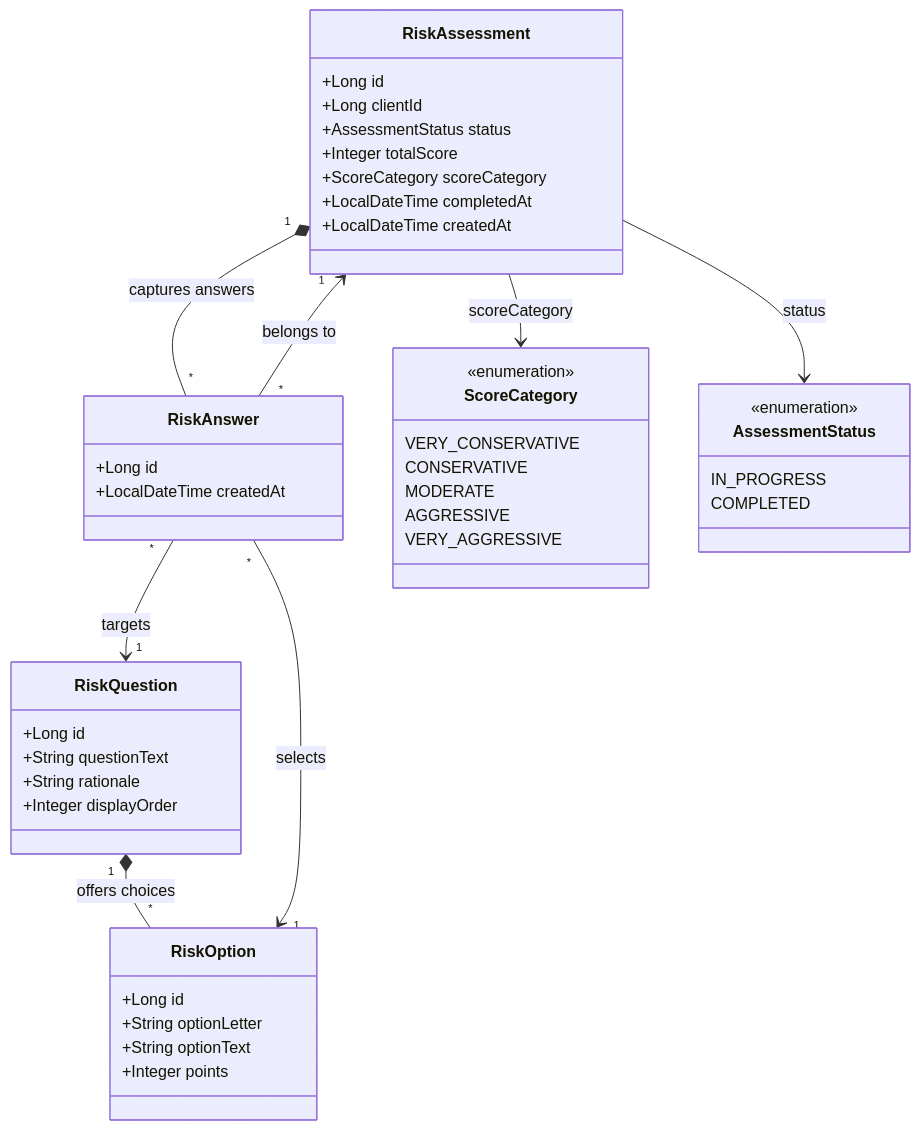
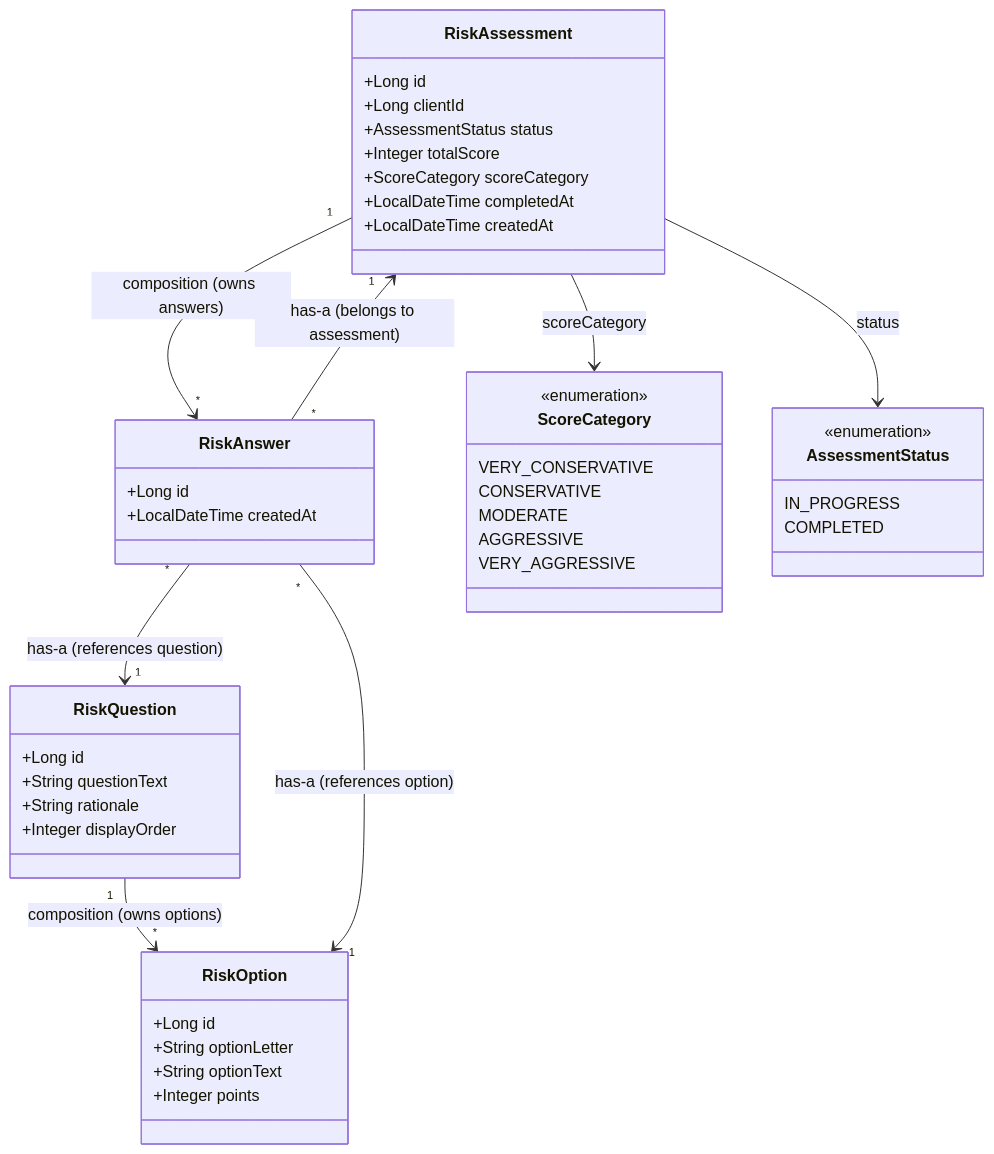
One commit to NatsuDrag9/wealth-tech-crm changed the eighth of 30 diagrams in docs/Uml_Diagrams.md. Above: the diagram before and after it, drawn with Mermaid. The commit also changed other lines of this file, not shown here.

Commit message:
docs(uml-diagrams): minor changes

````diff
--- a/docs/Uml_Diagrams.md
+++ b/docs/Uml_Diagrams.md
@@ -375,54 +390,54 @@
 ```mermaid
 classDiagram
     class RiskAssessment {
         +Long id
         +Long clientId
         +AssessmentStatus status
         +Integer totalScore
         +ScoreCategory scoreCategory
         +LocalDateTime completedAt
         +LocalDateTime createdAt
     }
 
     class RiskQuestion {
         +Long id
         +String questionText
         +String rationale
         +Integer displayOrder
     }
 
     class RiskOption {
         +Long id
         +String optionLetter
         +String optionText
         +Integer points
     }
 
     class RiskAnswer {
         +Long id
         +LocalDateTime createdAt
     }
 
     class ScoreCategory {
         <<enumeration>>
         VERY_CONSERVATIVE
         CONSERVATIVE
         MODERATE
         AGGRESSIVE
         VERY_AGGRESSIVE
     }
 
     class AssessmentStatus {
         <<enumeration>>
         IN_PROGRESS
         COMPLETED
     }
 
-    RiskAssessment "1" *-- "*" RiskAnswer : captures answers
-    RiskQuestion "1" *-- "*" RiskOption : offers choices
-    RiskAnswer "*" --> "1" RiskQuestion : targets
-    RiskAnswer "*" --> "1" RiskOption : selects
-    RiskAnswer "*" --> "1" RiskAssessment : belongs to
+    RiskAssessment "1" --> "*" RiskAnswer : composition (owns answers)
+    RiskQuestion "1" --> "*" RiskOption : composition (owns options)
+    RiskAnswer "*" --> "1" RiskQuestion : has-a (references question)
+    RiskAnswer "*" --> "1" RiskOption : has-a (references option)
+    RiskAnswer "*" --> "1" RiskAssessment : has-a (belongs to assessment)
     RiskAssessment --> ScoreCategory : scoreCategory
     RiskAssessment --> AssessmentStatus : status
 ```
````
